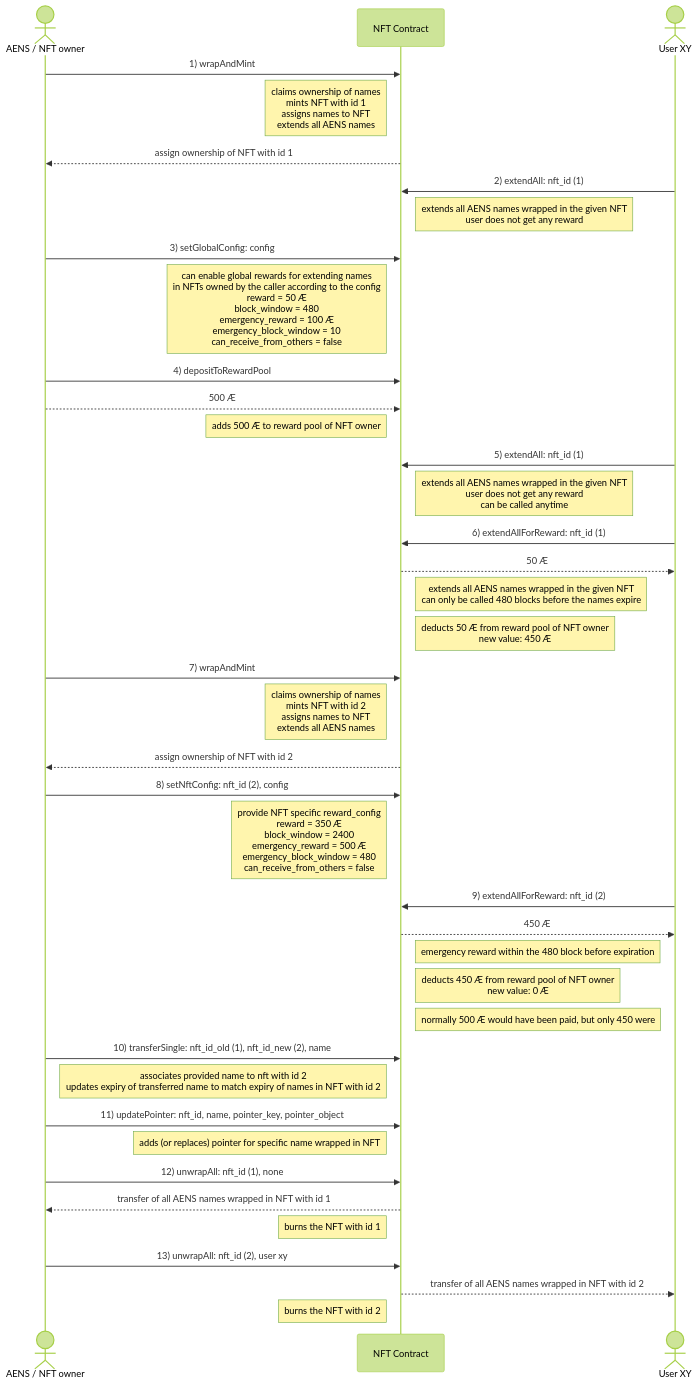
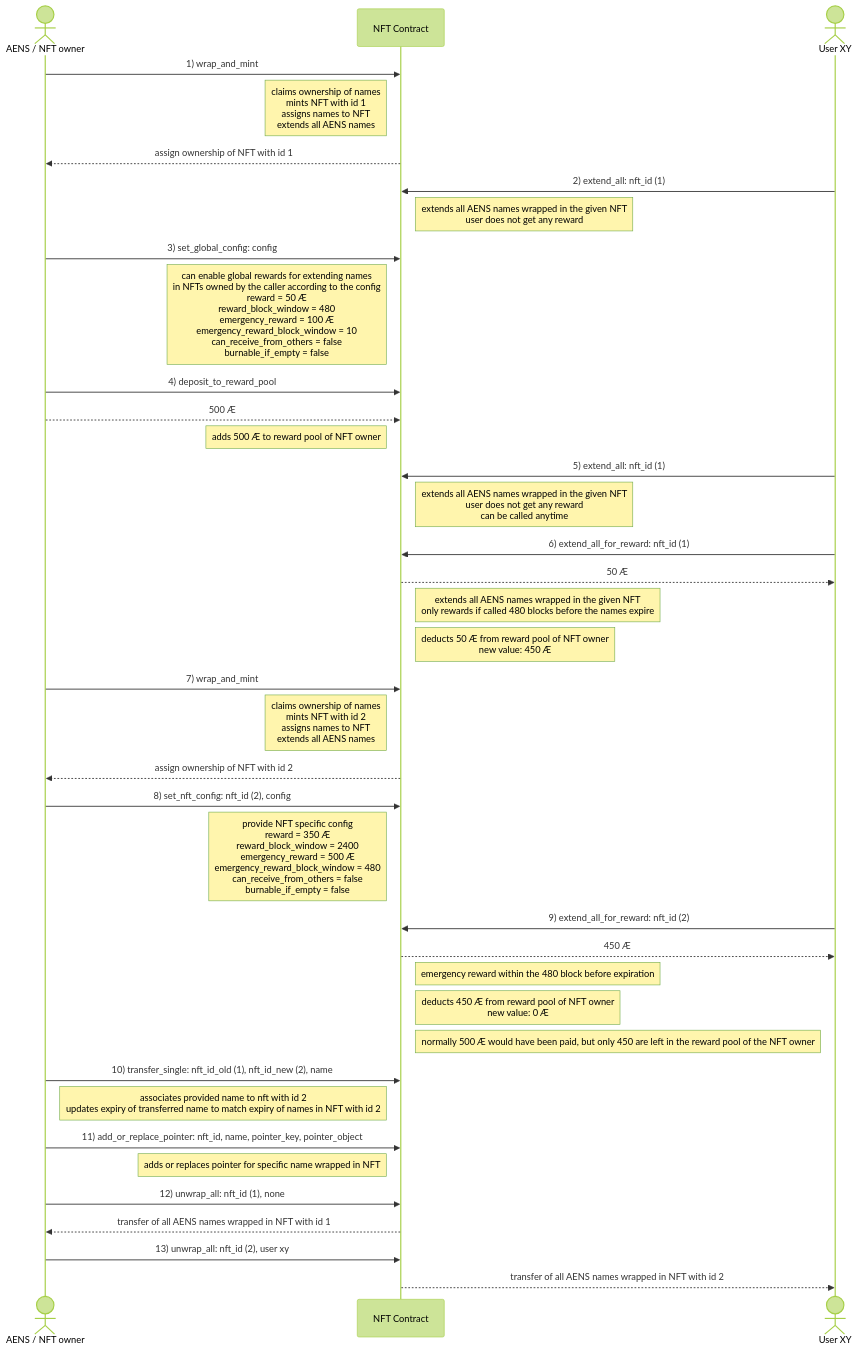
One commit to marc0olo/aens-nfts changed the diagram in docs/diagrams/full-example-sequence.md. Above: the diagram before and after it, drawn with Mermaid (forest theme). The commit also changed 17 other files, not shown here.

````diff
--- a/docs/diagrams/full-example-sequence.md
+++ b/docs/diagrams/full-example-sequence.md
@@ -3,55 +3,53 @@
 ```mermaid
 sequenceDiagram
     actor AENS / NFT owner
 
-    AENS / NFT owner ->> NFT Contract: 1) wrapAndMint
+    AENS / NFT owner ->> NFT Contract: 1) wrap_and_mint
     Note left of NFT Contract: claims ownership of names<br />mints NFT with id 1<br />assigns names to NFT<br />extends all AENS names
     NFT Contract -->> AENS / NFT owner: assign ownership of NFT with id 1
 
     actor User XY
 
-    User XY ->> NFT Contract: 2) extendAll: nft_id (1)
+    User XY ->> NFT Contract: 2) extend_all: nft_id (1)
     Note right of NFT Contract: extends all AENS names wrapped in the given NFT<br /> user does not get any reward
 
-    AENS / NFT owner ->> NFT Contract: 3) setGlobalConfig: config
-    Note left of NFT Contract: can enable global rewards for extending names<br />in NFTs owned by the caller according to the config<br />reward = 50 Æ<br />block_window = 480<br />emergency_reward = 100 Æ<br />emergency_block_window = 10<br />can_receive_from_others = false
+    AENS / NFT owner ->> NFT Contract: 3) set_global_config: config
+    Note left of NFT Contract: can enable global rewards for extending names<br />in NFTs owned by the caller according to the config<br />reward = 50 Æ<br />reward_block_window = 480<br />emergency_reward = 100 Æ<br />emergency_reward_block_window = 10<br />can_receive_from_others = false<br />burnable_if_empty = false
 
-    AENS / NFT owner ->> NFT Contract: 4) depositToRewardPool
+    AENS / NFT owner ->> NFT Contract: 4) deposit_to_reward_pool
     AENS / NFT owner -->> NFT Contract: 500 Æ
     Note left of NFT Contract: adds 500 Æ to reward pool of NFT owner
 
-    User XY ->> NFT Contract: 5) extendAll: nft_id (1)
+    User XY ->> NFT Contract: 5) extend_all: nft_id (1)
     Note right of NFT Contract: extends all AENS names wrapped in the given NFT<br /> user does not get any reward<br /> can be called anytime
 
-    User XY ->> NFT Contract: 6) extendAllForReward: nft_id (1)
+    User XY ->> NFT Contract: 6) extend_all_for_reward: nft_id (1)
     NFT Contract -->> User XY: 50 Æ
-    Note right of NFT Contract: extends all AENS names wrapped in the given NFT<br /> can only be called 480 blocks before the names expire
+    Note right of NFT Contract: extends all AENS names wrapped in the given NFT<br /> only rewards if called 480 blocks before the names expire
     Note right of NFT Contract: deducts 50 Æ from reward pool of NFT owner<br />new value: 450 Æ
 
-    AENS / NFT owner ->> NFT Contract: 7) wrapAndMint
+    AENS / NFT owner ->> NFT Contract: 7) wrap_and_mint
     Note left of NFT Contract: claims ownership of names<br />mints NFT with id 2<br />assigns names to NFT<br />extends all AENS names
     NFT Contract -->> AENS / NFT owner: assign ownership of NFT with id 2
 
-    AENS / NFT owner ->> NFT Contract: 8) setNftConfig: nft_id (2), config
-    Note left of NFT Contract: provide NFT specific reward_config<br />reward = 350 Æ<br />block_window = 2400<br />emergency_reward = 500 Æ<br />emergency_block_window = 480<br />can_receive_from_others = false
+    AENS / NFT owner ->> NFT Contract: 8) set_nft_config: nft_id (2), config
+    Note left of NFT Contract: provide NFT specific config<br />reward = 350 Æ<br />reward_block_window = 2400<br />emergency_reward = 500 Æ<br />emergency_reward_block_window = 480<br />can_receive_from_others = false<br />burnable_if_empty = false
 
-    User XY ->> NFT Contract: 9) extendAllForReward: nft_id (2)
+    User XY ->> NFT Contract: 9) extend_all_for_reward: nft_id (2)
     NFT Contract -->> User XY: 450 Æ
     Note right of NFT Contract: emergency reward within the 480 block before expiration
     Note right of NFT Contract: deducts 450 Æ from reward pool of NFT owner<br />new value: 0 Æ
-    Note right of NFT Contract: normally 500 Æ would have been paid, but only 450 were 
+    Note right of NFT Contract: normally 500 Æ would have been paid, but only 450 are left in the reward pool of the NFT owner 
     
-    AENS / NFT owner ->> NFT Contract: 10) transferSingle: nft_id_old (1), nft_id_new (2), name
+    AENS / NFT owner ->> NFT Contract: 10) transfer_single: nft_id_old (1), nft_id_new (2), name
     Note left of NFT Contract: associates provided name to nft with id 2<br />updates expiry of transferred name to match expiry of names in NFT with id 2
 
-    AENS / NFT owner ->> NFT Contract: 11) updatePointer: nft_id, name, pointer_key, pointer_object
-    Note left of NFT Contract: adds (or replaces) pointer for specific name wrapped in NFT
+    AENS / NFT owner ->> NFT Contract: 11) add_or_replace_pointer: nft_id, name, pointer_key, pointer_object
+    Note left of NFT Contract: adds or replaces pointer for specific name wrapped in NFT
 
-    AENS / NFT owner ->> NFT Contract: 12) unwrapAll: nft_id (1), none
+    AENS / NFT owner ->> NFT Contract: 12) unwrap_all: nft_id (1), none
     NFT Contract -->> AENS / NFT owner: transfer of all AENS names wrapped in NFT with id 1
-    Note left of NFT Contract: burns the NFT with id 1
 
-    AENS / NFT owner ->> NFT Contract: 13) unwrapAll: nft_id (2), user xy
+    AENS / NFT owner ->> NFT Contract: 13) unwrap_all: nft_id (2), user xy
     NFT Contract -->> User XY: transfer of all AENS names wrapped in NFT with id 2
-    Note left of NFT Contract: burns the NFT with id 2
 ```
````
